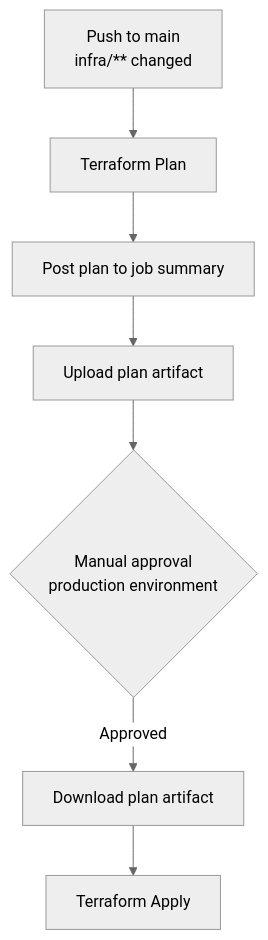
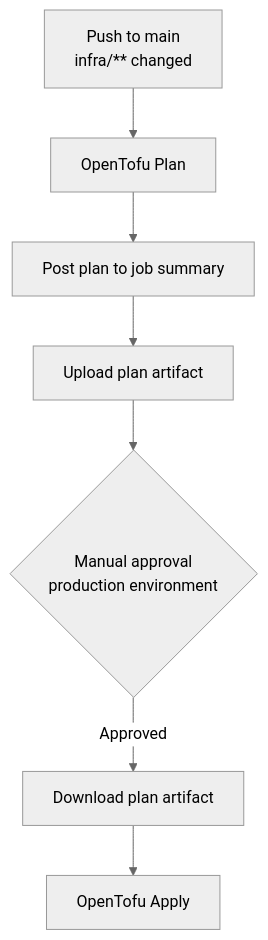
One commit to kevin-ryan-associates/kra-platform changed the second of 2 diagrams in docs/ci-cd.md. Above: the diagram before and after it, drawn with Mermaid (neutral theme). The commit also changed other lines of this file and 23 other files, not shown here.

First line of the commit message:
[kra-24] Migrate Terraform to OpenTofu (ADR-025)

````diff
--- a/docs/ci-cd.md
+++ b/docs/ci-cd.md
@@ -101,9 +101,9 @@
 ```mermaid
 graph TD
-    A[Push to main<br/>infra/** changed] --> B[Terraform Plan]
+    A[Push to main<br/>infra/** changed] --> B[OpenTofu Plan]
     B --> C[Post plan to job summary]
     C --> D[Upload plan artifact]
     D --> E{Manual approval<br/>production environment}
     E -->|Approved| F[Download plan artifact]
-    F --> G[Terraform Apply]
+    F --> G[OpenTofu Apply]
 ```
````
